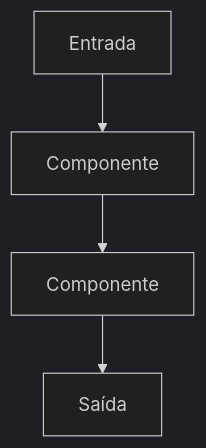
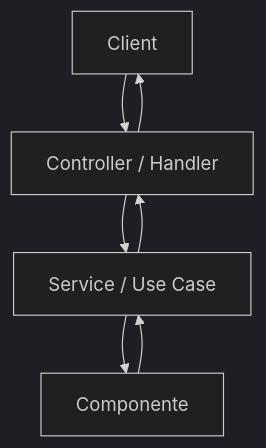
The first of 2 diagrams in .github/skills/dev/assets/fluxo.md (grdonda/ia-techlead-donda), drawn with Mermaid (dark theme) before and after one commit. The commit also changed other lines of this file and 21 other files, not shown here.

````diff
--- a/.github/skills/dev/assets/fluxo.md
+++ b/.github/skills/dev/assets/fluxo.md
@@ -13,6 +17,9 @@
 ```mermaid
 flowchart TD
-    A["Entrada"] --> B["Componente"]
-    B --> C["Componente"]
-    C --> D["Saída"]
+    C1["Client"] --> C2["Controller / Handler"]
+    C2 --> C3["Service / Use Case"]
+    C3 --> C4["Componente"]
+    C4 --> C3
+    C3 --> C2
+    C2 --> C1
 ```
````
